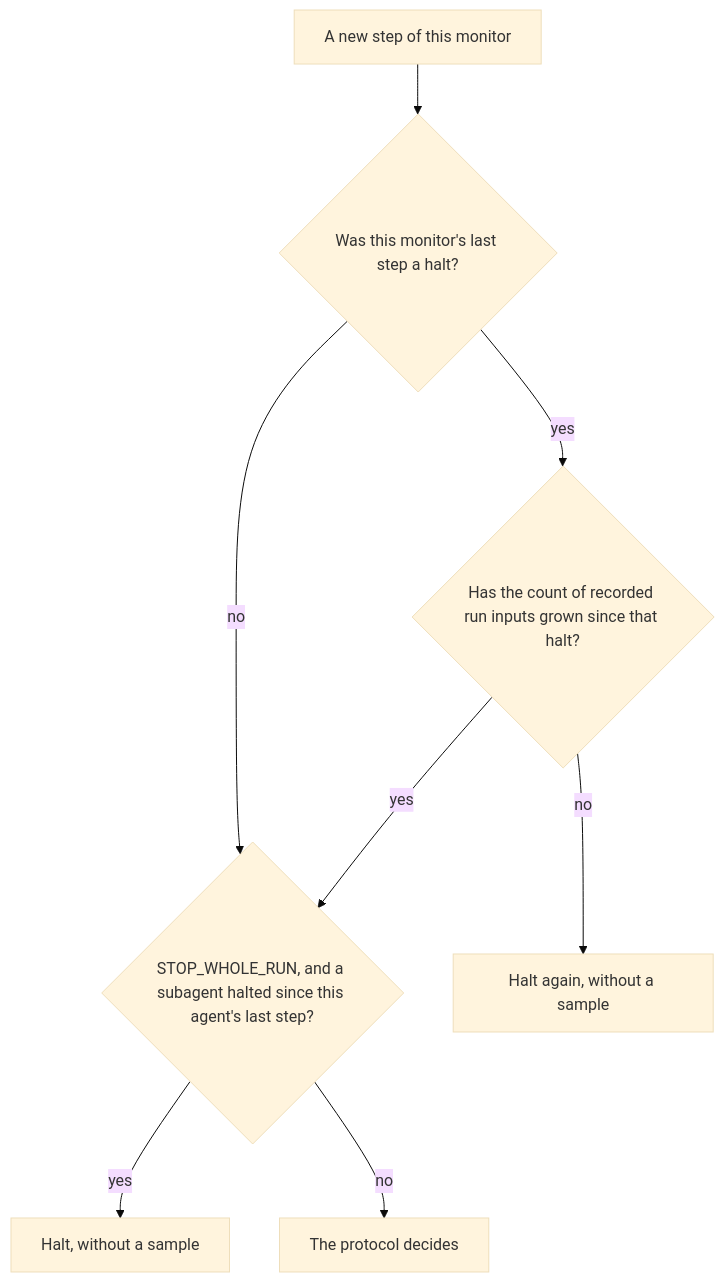
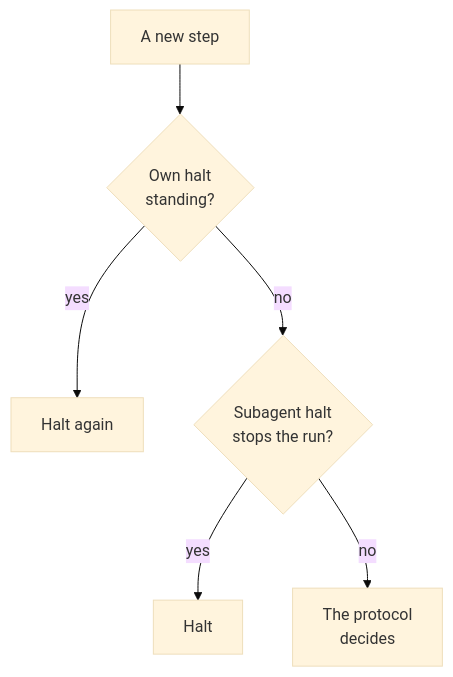
One commit to omamori-lab/langchain-sync-monitors changed the second of 2 diagrams in docs/explanation/design.md. Above: the diagram before and after it, drawn with Mermaid (base theme). The commit also changed other lines of this file, not shown here.

````diff
--- a/docs/explanation/design.md
+++ b/docs/explanation/design.md
@@ -530,10 +509,8 @@
 ```mermaid
 flowchart TD
-    step["A new step of this monitor"] --> last{"Was this monitor's last step a halt?"}
-    last -- "no" --> subagent{"STOP_WHOLE_RUN, and a subagent halted since this agent's last step?"}
-    last -- "yes" --> grew{"Has the count of recorded run inputs grown since that halt?"}
-    grew -- "yes" --> subagent
-    grew -- "no" --> again["Halt again, without a sample"]
-    subagent -- "yes" --> stop["Halt, without a sample"]
-    subagent -- "no" --> protocol["The protocol decides"]
+    step["A new step"] --> last{"Own halt<br>standing?"}
+    last -- "yes" --> again["Halt again"]
+    last -- "no" --> sub{"Subagent halt<br>stops the run?"}
+    sub -- "yes" --> stop["Halt"]
+    sub -- "no" --> decide["The protocol<br>decides"]
 ```
````
